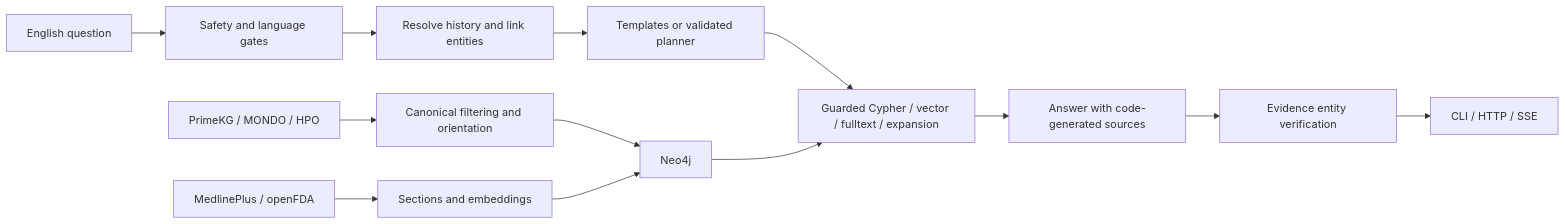
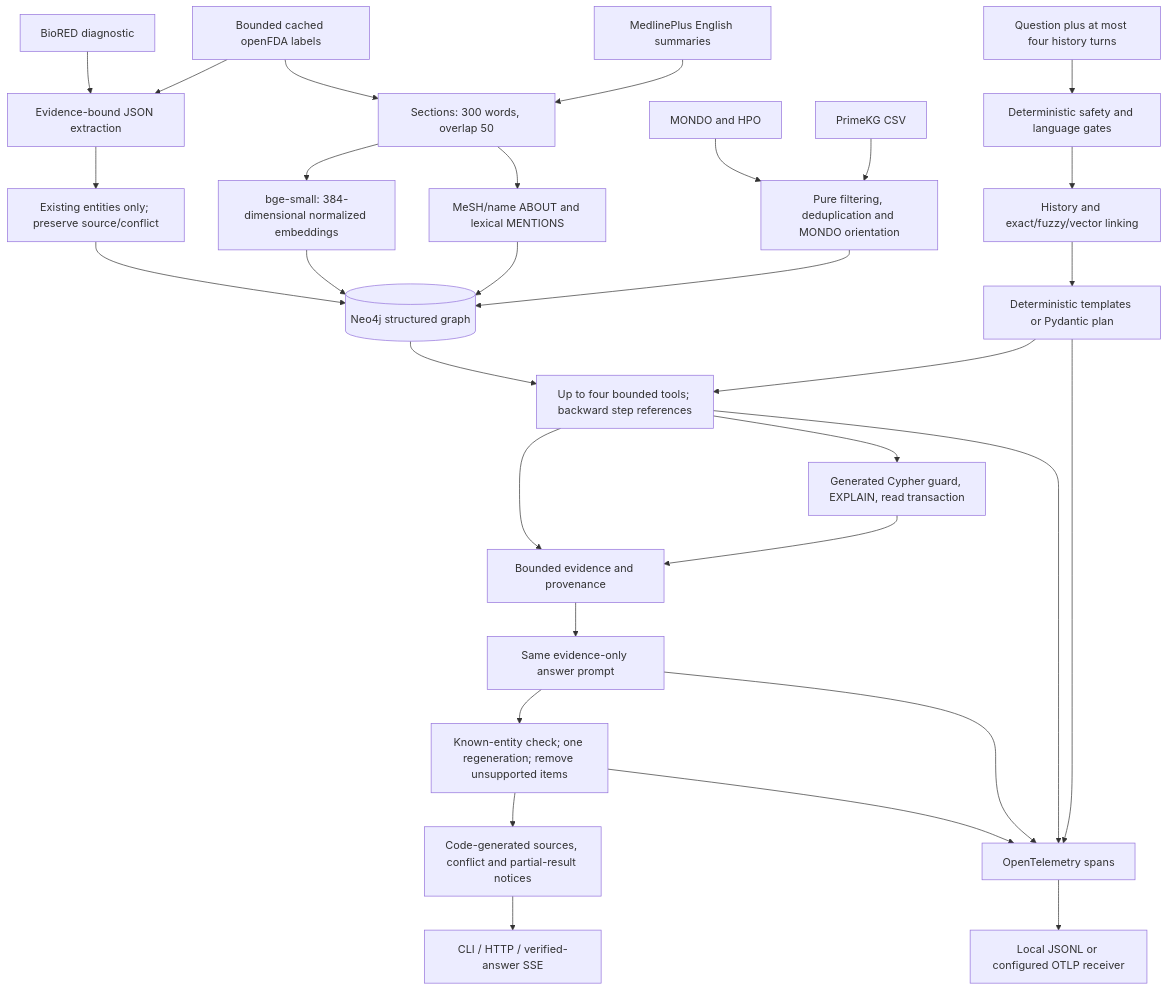
One commit to shyfox-01/medical-kg-qa changed the diagram in docs/architecture.md. Above: the diagram before and after it, drawn with Mermaid. The commit also changed other lines of this file and 40 other files, not shown here.

````diff
--- a/docs/architecture.md
+++ b/docs/architecture.md
@@ -5,15 +8,33 @@
 ```mermaid
-flowchart LR
-  Sources[PrimeKG / MONDO / HPO] --> Ingest[Canonical filtering and orientation]
-  Ingest --> Graph[Neo4j]
-  Text[MedlinePlus / openFDA] --> Chunks[Sections and embeddings]
-  Chunks --> Graph
-  Q[English question] --> Safety[Safety and language gates]
-  Safety --> Link[Resolve history and link entities]
-  Link --> Route[Templates or validated planner]
-  Route --> Retrieve[Guarded Cypher / vector / fulltext / expansion]
-  Graph --> Retrieve
-  Retrieve --> Answer[Answer with code-generated sources]
-  Answer --> Verify[Evidence entity verification]
-  Verify --> API[CLI / HTTP / SSE]
+flowchart TD
+  PK[PrimeKG CSV] --> Canonical[Pure filtering, deduplication and MONDO orientation]
+  Ont[MONDO and HPO] --> Canonical
+  Canonical --> Graph[(Neo4j structured graph)]
+  XML[MedlinePlus English summaries] --> Chunk[Sections: 300 words, overlap 50]
+  FDA[Bounded cached openFDA labels] --> Chunk
+  Chunk --> LinkDocs[MeSH/name ABOUT and lexical MENTIONS]
+  LinkDocs --> Graph
+  Chunk --> Embed[bge-small: 384-dimensional normalized embeddings]
+  Embed --> Graph
+  FDA --> Extract[Evidence-bound JSON extraction]
+  BioRED[BioRED diagnostic] --> Extract
+  Extract --> Existing[Existing entities only; preserve source/conflict]
+  Existing --> Graph
+  Q[Question plus at most four history turns] --> Safety[Deterministic safety and language gates]
+  Safety --> Resolve[History and exact/fuzzy/vector linking]
+  Resolve --> Route[Deterministic templates or Pydantic plan]
+  Route --> Tools[Up to four bounded tools; backward step references]
+  Graph --> Tools
+  Tools --> Guard[Generated Cypher guard, EXPLAIN, read transaction]
+  Guard --> Evidence[Bounded evidence and provenance]
+  Tools --> Evidence
+  Evidence --> Generate[Same evidence-only answer prompt]
+  Generate --> Verify[Known-entity check; one regeneration; remove unsupported items]
+  Verify --> Notices[Code-generated sources, conflict and partial-result notices]
+  Notices --> Output[CLI / HTTP / verified-answer SSE]
+  Route --> Traces[OpenTelemetry spans]
+  Tools --> Traces
+  Generate --> Traces
+  Verify --> Traces
+  Traces --> Export[Local JSONL or configured OTLP receiver]
 ```
````
